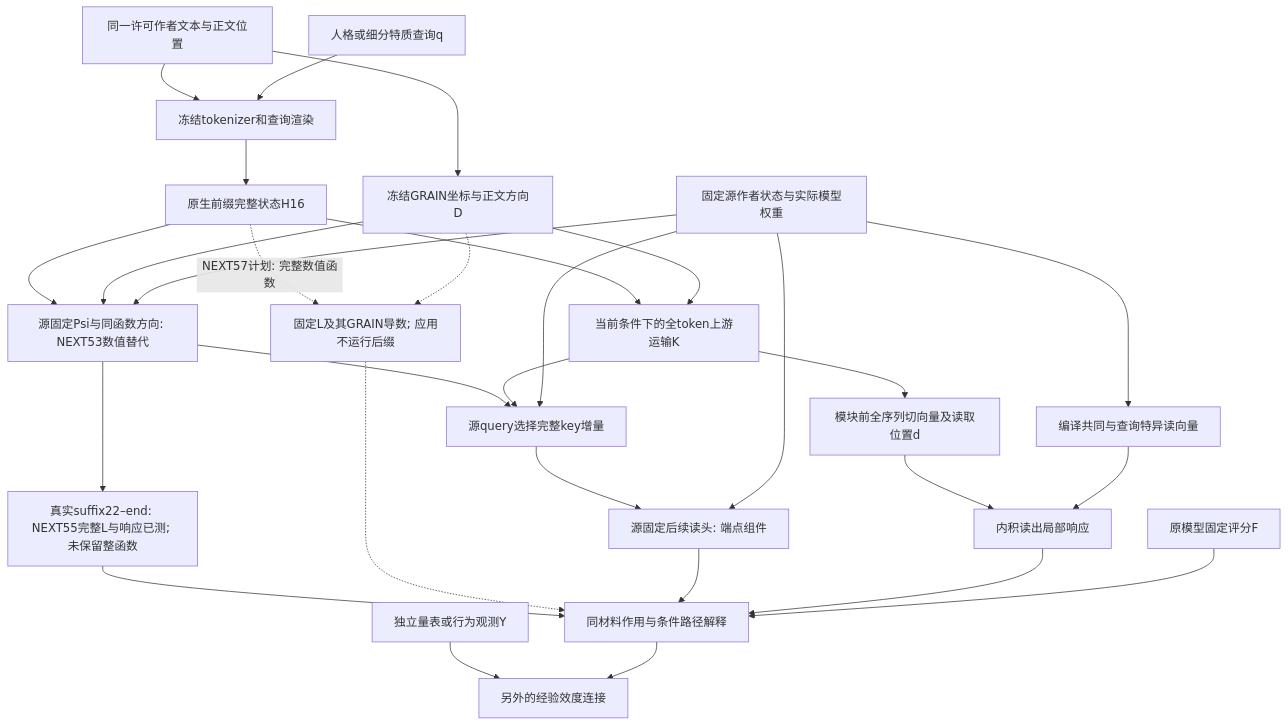
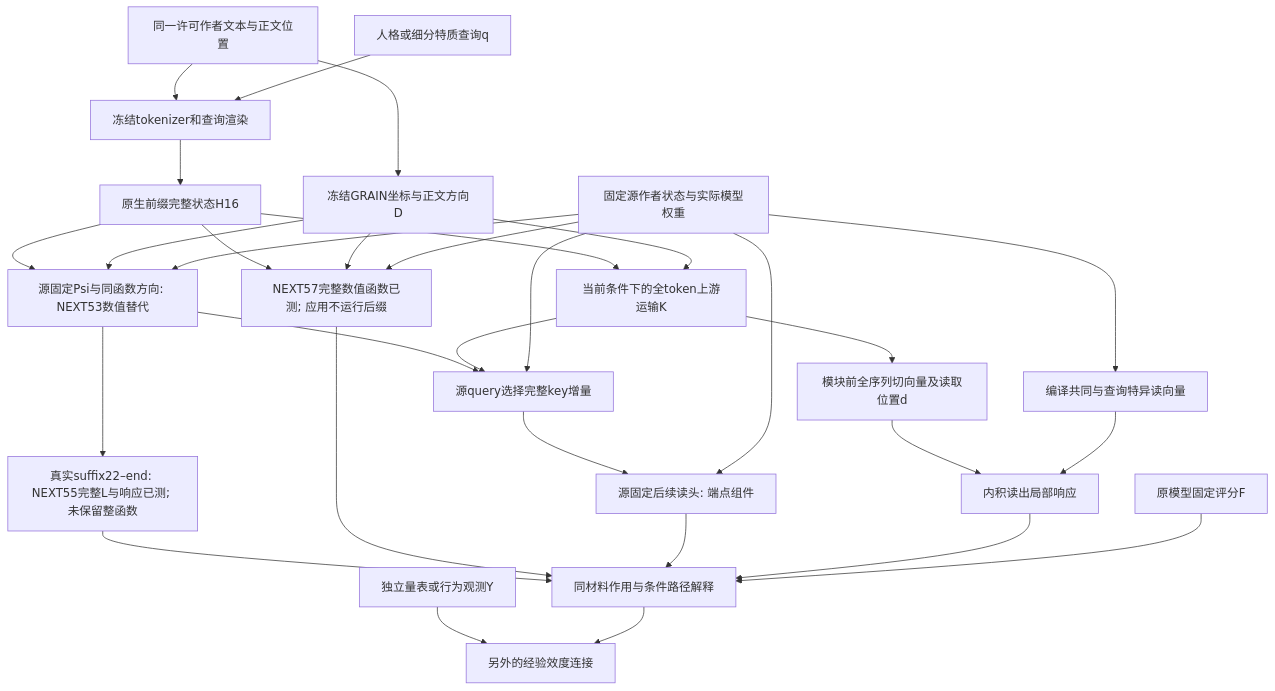
One commit to reiserhhh/GRAIN changed the diagram in docs/GRAIN_UPSTREAM_MECHANISM_INTEGRATION_V1.md. Above: the diagram before and after it, drawn with Mermaid. The commit also changed other lines of this file and 25 other files, not shown here.

````diff
--- a/docs/GRAIN_UPSTREAM_MECHANISM_INTEGRATION_V1.md
+++ b/docs/GRAIN_UPSTREAM_MECHANISM_INTEGRATION_V1.md
@@ -8,31 +8,32 @@
 ```mermaid
 flowchart TD
   T[同一许可作者文本与正文位置] --> G[冻结GRAIN坐标与正文方向D]
   T --> R[冻结tokenizer和查询渲染]
   Q[人格或细分特质查询q] --> R
   R --> H[原生前缀完整状态H16]
   H --> K[当前条件下的全token上游运输K]
   H --> P[源固定Psi与同函数方向: NEXT53数值替代]
   G --> P
   S --> P
   P --> U
   P --> W[真实suffix22–end: NEXT55完整L与响应已测; 未保留整函数]
   W --> J
-  H -. NEXT57计划: 完整数值函数 .-> Z[固定L及其GRAIN导数; 应用不运行后缀]
-  G -.-> Z
-  Z -.-> J
+  H --> Z[NEXT57完整数值函数已测; 应用不运行后缀]
+  G --> Z
+  S --> Z
+  Z --> J
   G --> K
   K --> D[模块前全序列切向量及读取位置d]
   S[固定源作者状态与实际模型权重] --> V[编译共同与查询特异读向量]
   D --> A[内积读出局部响应]
   V --> A
   K --> U[源query选择完整key增量]
   S --> U
   U --> C[源固定后续读头: 端点组件]
   S --> C
   C --> J
   A --> J[同材料作用与条件路径解释]
   F[原模型固定评分F] --> J
   Y[独立量表或行为观测Y] --> E[另外的经验效度连接]
   J --> E
 ```
````
